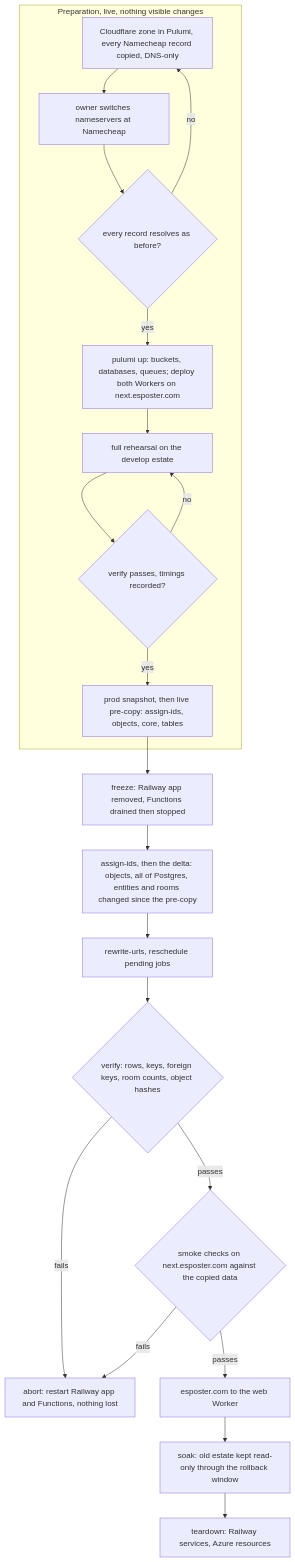
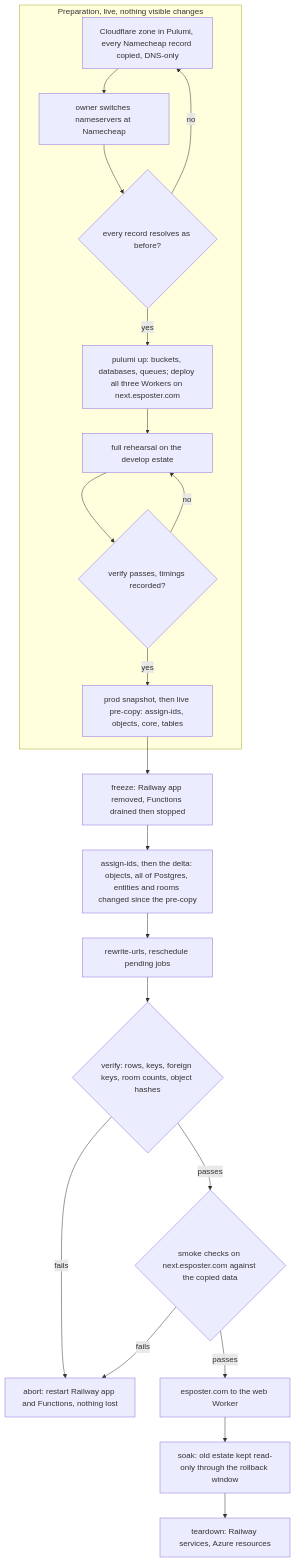
The diagram in openspec/changes/infra-cloudflare-cutover/design.md (Esposter/Esposter), drawn with Mermaid before and after one commit. The commit also changed other lines of this file and 89 other files, not shown here.

````diff
--- a/openspec/changes/infra-cloudflare-cutover/design.md
+++ b/openspec/changes/infra-cloudflare-cutover/design.md
@@ -21,23 +21,23 @@
 ```mermaid
 flowchart TD
   subgraph PREP["Preparation, live, nothing visible changes"]
     Z["Cloudflare zone in Pulumi, every Namecheap record copied, DNS-only"] --> NS["owner switches nameservers at Namecheap"]
     NS --> NSV{"every record resolves as before?"}
     NSV -->|"no"| Z
-    NSV -->|"yes"| RES["pulumi up: buckets, databases, queues; deploy both Workers on next.esposter.com"]
+    NSV -->|"yes"| RES["pulumi up: buckets, databases, queues; deploy all three Workers on next.esposter.com"]
     RES --> REH["full rehearsal on the develop estate"]
     REH --> REHV{"verify passes, timings recorded?"}
     REHV -->|"no"| REH
     REHV -->|"yes"| PRE["prod snapshot, then live pre-copy: assign-ids, objects, core, tables"]
   end
   PRE --> FREEZE["freeze: Railway app removed, Functions drained then stopped"]
   FREEZE --> DELTA["assign-ids, then the delta: objects, all of Postgres, entities and rooms changed since the pre-copy"]
   DELTA --> RESCH["rewrite-urls, reschedule pending jobs"]
   RESCH --> V{"verify: rows, keys, foreign keys, room counts, object hashes"}
   V -->|"fails"| ABORT["abort: restart Railway app and Functions, nothing lost"]
   V -->|"passes"| SMOKE{"smoke checks on next.esposter.com against the copied data"}
   SMOKE -->|"fails"| ABORT
   SMOKE -->|"passes"| SWITCH["esposter.com to the web Worker"]
   SWITCH --> SOAK["soak: old estate kept read-only through the rollback window"]
   SOAK --> TEAR["teardown: Railway services, Azure resources"]
 ```
````
